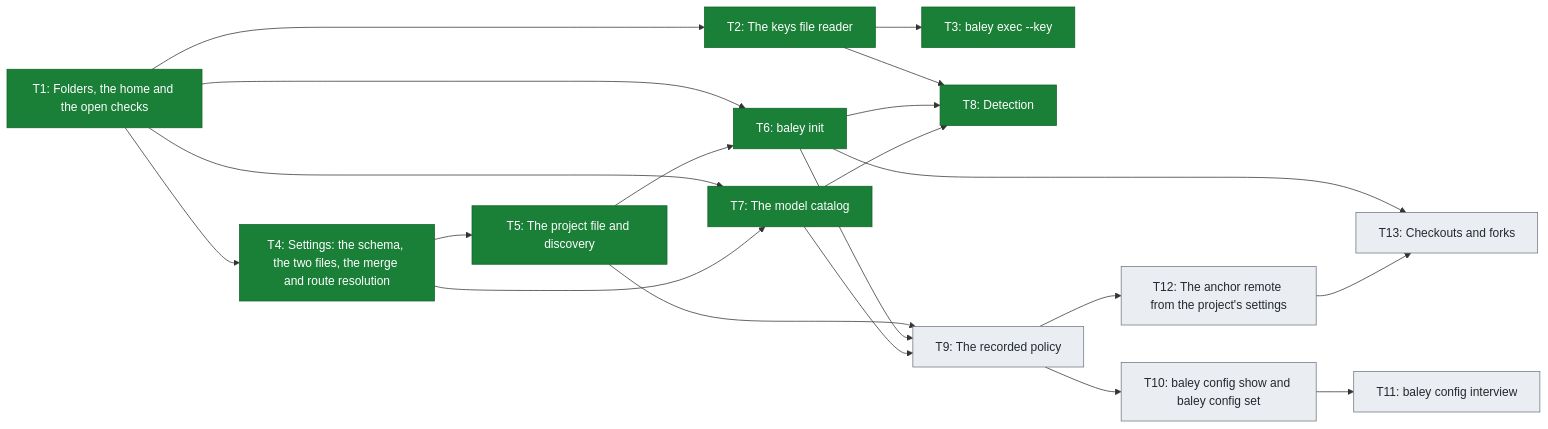
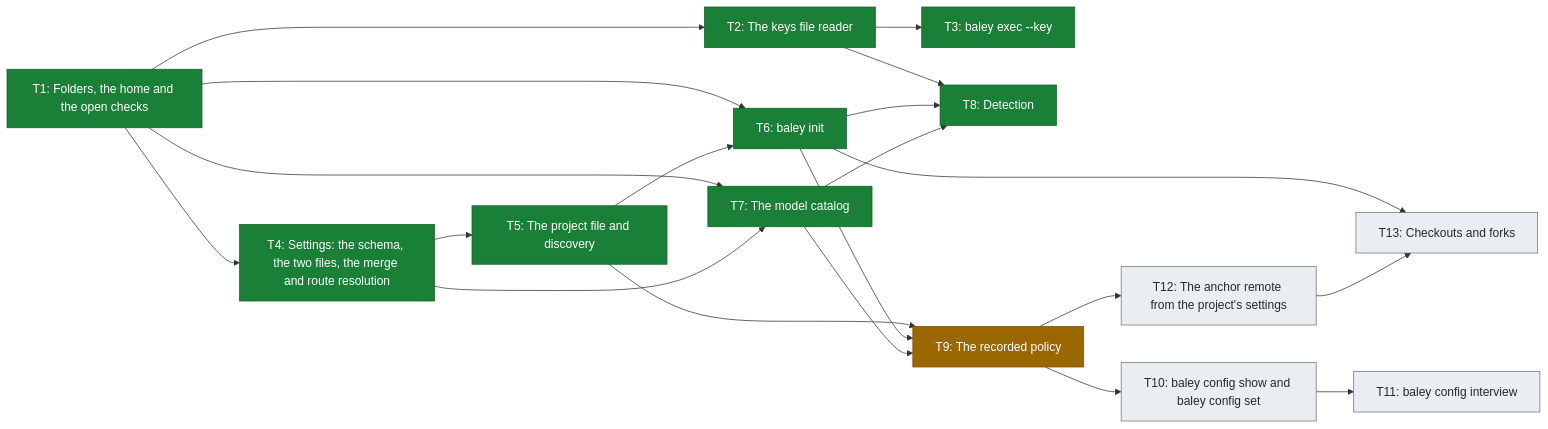
One commit to crenshawdev/baley changed the third of 3 diagrams in docs/roadmap.md. Above: the diagram before and after it, drawn with Mermaid. The commit also changed other lines of this file, not shown here.

Commit message:
docs(roadmap): show build 2 t9 in progress on the roadmap
The recorded policy is built on this branch, so its row, figure 3 and the
status line move it from planned to in progress.

````diff
--- a/docs/roadmap.md
+++ b/docs/roadmap.md
@@ -100,41 +100,43 @@
 ```mermaid
 flowchart LR
     T1["T1: Folders, the home and the open checks"]
     T2["T2: The keys file reader"]
     T3["T3: baley exec --key"]
     T4["T4: Settings: the schema, the two files, the merge and route resolution"]
     T5["T5: The project file and discovery"]
     T6["T6: baley init"]
     T7["T7: The model catalog"]
     T8["T8: Detection"]
     T9["T9: The recorded policy"]
     T10["T10: baley config show and baley config set"]
     T11["T11: baley config interview"]
     T12["T12: The anchor remote from the project's settings"]
     T13["T13: Checkouts and forks"]
 
     T1 --> T2
     T1 --> T4
     T1 --> T6
     T1 --> T7
     T2 --> T3
     T2 --> T8
     T4 --> T5
     T4 --> T7
     T5 --> T6
     T5 --> T9
     T6 --> T8
     T6 --> T9
     T6 --> T13
     T7 --> T8
     T7 --> T9
     T9 --> T10
     T9 --> T12
     T10 --> T11
     T12 --> T13
 
     classDef done fill:#1a7f37,stroke:#116329,color:#ffffff
     classDef planned fill:#eaeef2,stroke:#6e7781,color:#24292f
+    classDef progress fill:#9a6700,stroke:#7d4e00,color:#ffffff
     class T1,T2,T3,T4,T5,T6,T7,T8 done
-    class T9,T10,T11,T12,T13 planned
+    class T9 progress
+    class T10,T11,T12,T13 planned
 ```
````
